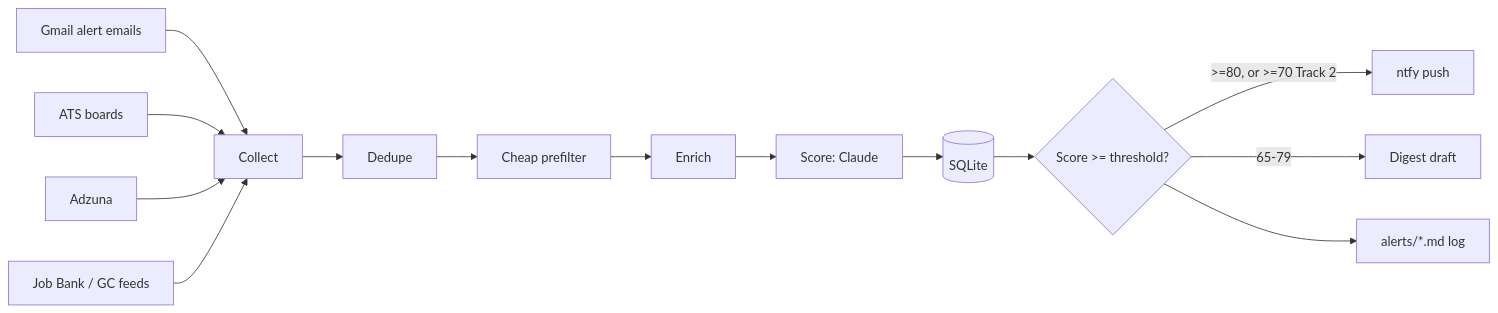
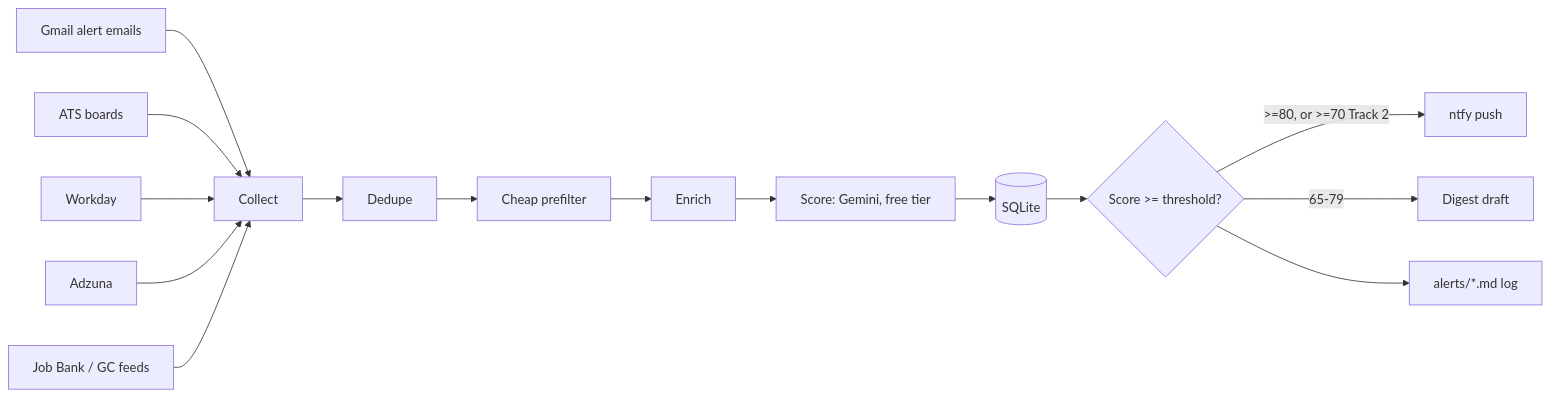
The diagram in docs/case_study.md (guildforge-26/Guildford), drawn with Mermaid before and after one commit. The commit also changed other lines of this file and 17 other files, not shown here.

````diff
--- a/docs/case_study.md
+++ b/docs/case_study.md
@@ -29,16 +30,17 @@
 ```mermaid
 flowchart LR
-    A[Gmail alert emails] --> E[Collect]
-    B[ATS boards] --> E
-    C[Adzuna] --> E
-    D[Job Bank / GC feeds] --> E
-    E --> F[Dedupe]
-    F --> G[Cheap prefilter]
-    G --> H[Enrich]
-    H --> I[Score: Claude]
-    I --> J[(SQLite)]
-    J --> K{Score >= threshold?}
-    K -->|>=80, or >=70 Track 2| L[ntfy push]
-    K -->|65-79| M[Digest draft]
-    K --> N[alerts/*.md log]
+    A[Gmail alert emails] --> F[Collect]
+    B[ATS boards] --> F
+    C[Workday] --> F
+    D[Adzuna] --> F
+    E[Job Bank / GC feeds] --> F
+    F --> G[Dedupe]
+    G --> H[Cheap prefilter]
+    H --> I[Enrich]
+    I --> J[Score: Gemini, free tier]
+    J --> K[(SQLite)]
+    K --> L{Score >= threshold?}
+    L -->|>=80, or >=70 Track 2| M[ntfy push]
+    L -->|65-79| N[Digest draft]
+    L --> O[alerts/*.md log]
 ```
````
